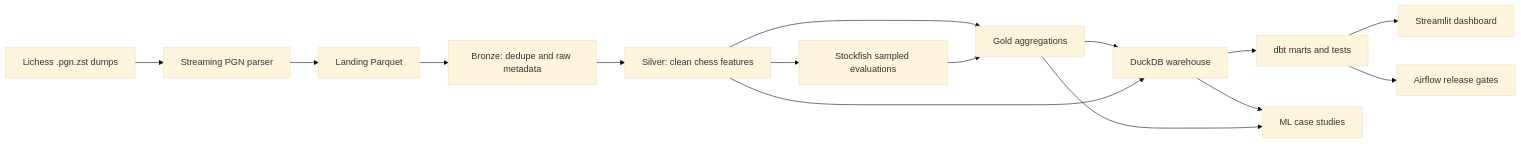
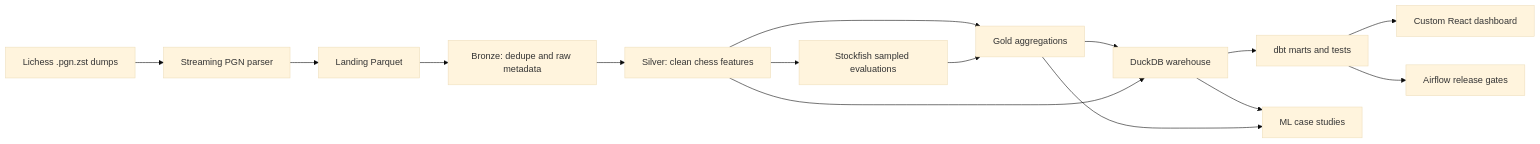
One commit to tonquoc0407/KnightVision changed the first of 2 diagrams in README.md. Above: the diagram before and after it, drawn with Mermaid (base theme). The commit also changed other lines of this file and 26 other files, not shown here.

````diff
--- a/README.md
+++ b/README.md
@@ -9,17 +9,17 @@
 ```mermaid
 flowchart LR
     L[Lichess .pgn.zst dumps] --> P[Streaming PGN parser]
     P --> A[Landing Parquet]
     A --> B[Bronze: dedupe and raw metadata]
     B --> S[Silver: clean chess features]
     S --> G[Gold aggregations]
     S --> E[Stockfish sampled evaluations]
     E --> G
     G --> W[DuckDB warehouse]
     S --> W
     W --> D[dbt marts and tests]
-    D --> U[Streamlit dashboard]
+    D --> U[Custom React dashboard]
     W --> M[ML case studies]
     G --> M
     D --> O[Airflow release gates]
 ```
````
